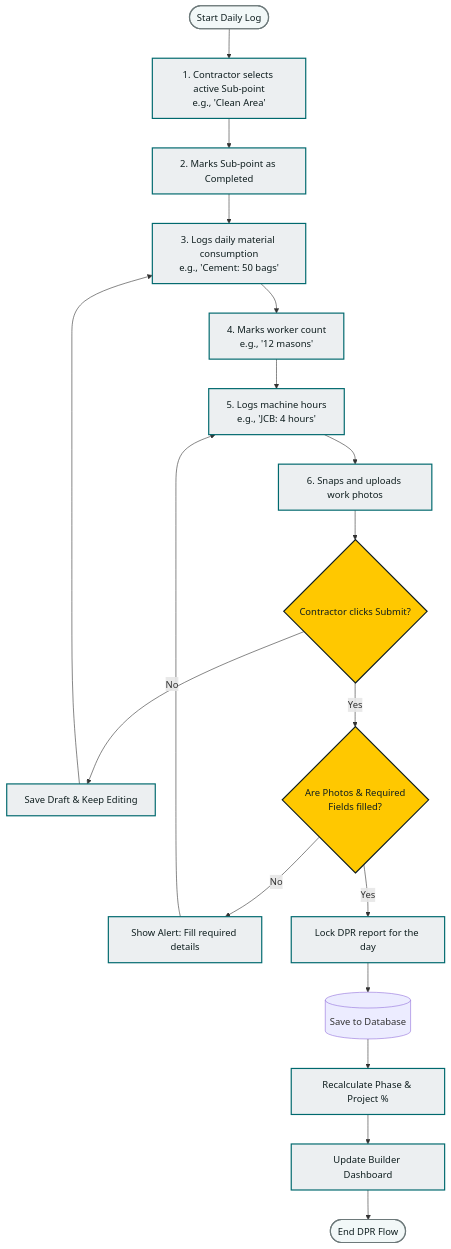
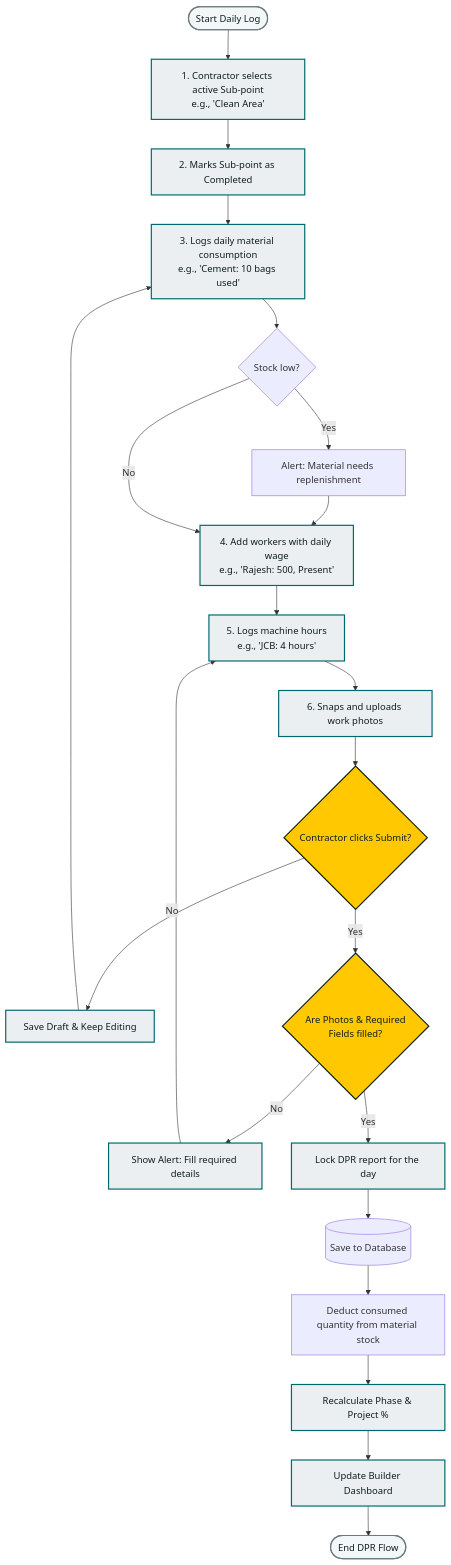
One commit to DivyaJaviya01/BuildEx_app changed the first of 3 diagrams in system_design/05_activity_diagram.md. Above: the diagram before and after it, drawn with Mermaid. The commit also changed other lines of this file and 16 other files, not shown here.

Commit message:
docs: synchronize system design and map page redirection flow

````diff
--- a/system_design/05_activity_diagram.md
+++ b/system_design/05_activity_diagram.md
@@ -11,32 +11,36 @@
 ```mermaid
 flowchart TD
     Start([Start Daily Log]) --> SelectSubpoint[1. Contractor selects active Sub-point<br/>e.g., 'Clean Area']
     SelectSubpoint --> MarkComplete[2. Marks Sub-point as Completed]
-    MarkComplete --> LogUsage[3. Logs daily material consumption<br/>e.g., 'Cement: 50 bags']
-    LogUsage --> LogLabor[4. Marks worker count<br/>e.g., '12 masons']
+    MarkComplete --> LogUsage[3. Logs daily material consumption<br/>e.g., 'Cement: 10 bags used']
+    LogUsage --> CheckStock{Stock low?}
+    CheckStock -- Yes --> AlertBuilder[Alert: Material needs replenishment]
+    AlertBuilder --> LogLabor
+    CheckStock -- No --> LogLabor[4. Add workers with daily wage<br/>e.g., 'Rajesh: 500, Present']
     LogLabor --> LogMachine[5. Logs machine hours<br/>e.g., 'JCB: 4 hours']
     LogMachine --> UploadPhoto[6. Snaps and uploads work photos]
     UploadPhoto --> ClickSubmit{Contractor clicks Submit?}
 
     ClickSubmit -- No --> KeepEditing[Save Draft & Keep Editing]
     KeepEditing --> LogUsage
     
     ClickSubmit -- Yes --> Validate{Are Photos & Required<br/>Fields filled?}
     
     Validate -- No --> ShowError[Show Alert: Fill required details]
     ShowError --> LogMachine
 
     Validate -- Yes --> LockReport[Lock DPR report for the day]
     LockReport --> DB_Write[(Save to Database)]
-    DB_Write --> UpdateProgress[Recalculate Phase & Project %]
+    DB_Write --> DeductStock[Deduct consumed quantity from material stock]
+    DeductStock --> UpdateProgress[Recalculate Phase & Project %]
     UpdateProgress --> RefreshDashboard[Update Builder Dashboard]
     RefreshDashboard --> End([End DPR Flow])
 
     %% Custom formatting
     classDef start_end fill:#F2F8F8,stroke:#6d797a,stroke-width:2px,color:#0f1e1f;
     classDef step fill:#eceff1,stroke:#00696e,stroke-width:2px,color:#0f1e1f;
     classDef decision fill:#FFC800,stroke:#0f1e1f,stroke-width:2px,color:#0f1e1f;
     class Start,End start_end;
     class SelectSubpoint,MarkComplete,LogUsage,LogLabor,LogMachine,UploadPhoto,KeepEditing,ShowError,LockReport,UpdateProgress,RefreshDashboard step;
     class ClickSubmit,Validate decision;
 ```
````
